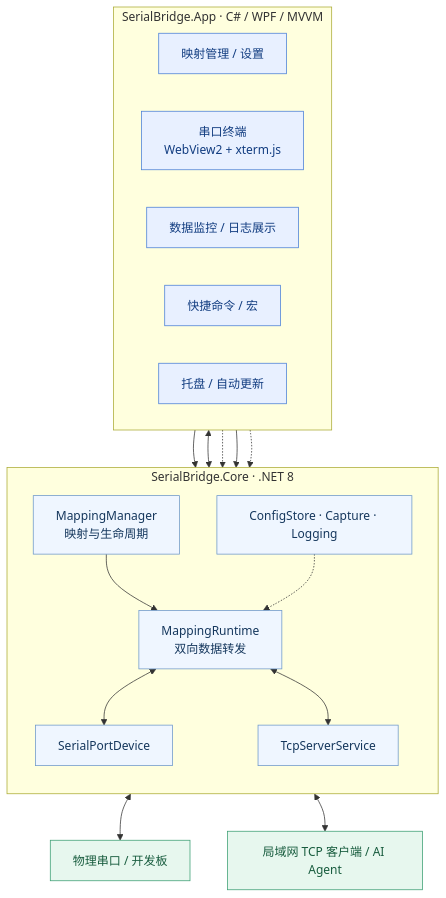
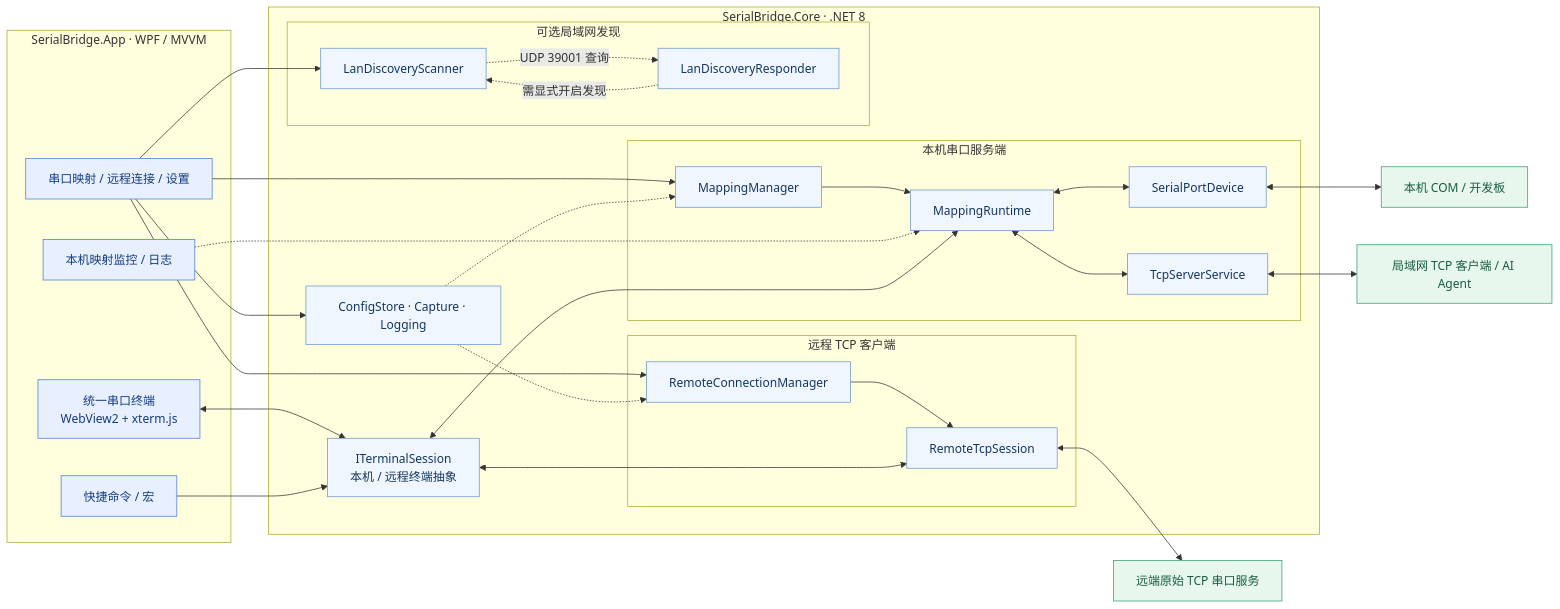
The diagram in README.md (SuperStrain/SerialBridge), drawn with Mermaid before and after one commit. The commit also changed other lines of this file, not shown here.

Commit message:
docs: update Chinese README architecture and remote topology

````diff
--- a/README.md
+++ b/README.md
@@ -150,39 +154,48 @@
 ```mermaid
-flowchart TB
-    subgraph APP["SerialBridge.App · C# / WPF / MVVM"]
-        direction LR
-        UI["映射管理 / 设置"]
-        TERM["串口终端<br/>WebView2 + xterm.js"]
-        MON["数据监控 / 日志展示"]
+flowchart LR
+    subgraph APP["SerialBridge.App · WPF / MVVM"]
+        UI["串口映射 / 远程连接 / 设置"]
+        TERM["统一串口终端<br/>WebView2 + xterm.js"]
         MACRO["快捷命令 / 宏"]
-        TRAY["托盘 / 自动更新"]
+        MON["本机映射监控 / 日志"]
     end
-
     subgraph CORE["SerialBridge.Core · .NET 8"]
-        direction TB
-        MANAGER["MappingManager<br/>映射与生命周期"]
-        RUNTIME["MappingRuntime<br/>双向数据转发"]
-        SERIAL["SerialPortDevice"]
-        TCP["TcpServerService"]
-        SUPPORT["ConfigStore · Capture · Logging"]
-        MANAGER --> RUNTIME
-        RUNTIME <--> SERIAL
-        RUNTIME <--> TCP
-        SUPPORT -.-> RUNTIME
+        subgraph HOST["本机串口服务端"]
+            MM["MappingManager"] --> MR["MappingRuntime"]
+            MR <--> SP["SerialPortDevice"]
+            MR <--> TS["TcpServerService"]
+        end
+        subgraph REMOTE["远程 TCP 客户端"]
+            RM["RemoteConnectionManager"] --> RS["RemoteTcpSession"]
+        end
+        subgraph DISCOVERY["可选局域网发现"]
+            SCAN["LanDiscoveryScanner"]
+            RESP["LanDiscoveryResponder"]
+        end
+        SESSION["ITerminalSession<br/>本机 / 远程终端抽象"]
+        STORE["ConfigStore · Capture · Logging"]
     end
-
-    UI --> MANAGER
-    TERM <--> RUNTIME
-    MON -.-> RUNTIME
-    MACRO --> RUNTIME
-    TRAY -.-> MANAGER
-    SERIAL <--> DEVICE["物理串口 / 开发板"]
-    TCP <--> CLIENT["局域网 TCP 客户端 / AI Agent"]
+    UI --> MM
+    UI --> RM
+    UI --> SCAN
+    UI --> STORE
+    TERM <--> SESSION
+    MACRO --> SESSION
+    MON -.-> MR
+    SESSION <--> MR
+    SESSION <--> RS
+    SP <--> DEVICE["本机 COM / 开发板"]
+    TS <--> CLIENT["局域网 TCP 客户端 / AI Agent"]
+    RS <--> SERVER["远端原始 TCP 串口服务"]
+    SCAN -. "UDP 39001 查询" .-> RESP
+    RESP -. "需显式开启发现" .-> SCAN
+    STORE -.-> MM
+    STORE -.-> RM
 
     classDef app fill:#e8f0ff,stroke:#477dd6,color:#123d81
     classDef core fill:#eff6ff,stroke:#6c97c9,color:#15375d
     classDef edge fill:#e7f7ee,stroke:#3a9e72,color:#185c3e
-    class UI,TERM,MON,MACRO,TRAY app
-    class MANAGER,RUNTIME,SERIAL,TCP,SUPPORT core
-    class DEVICE,CLIENT edge
+    class UI,TERM,MACRO,MON app
+    class MM,MR,SP,TS,RM,RS,SCAN,RESP,SESSION,STORE core
+    class DEVICE,CLIENT,SERVER edge
 ```
````
